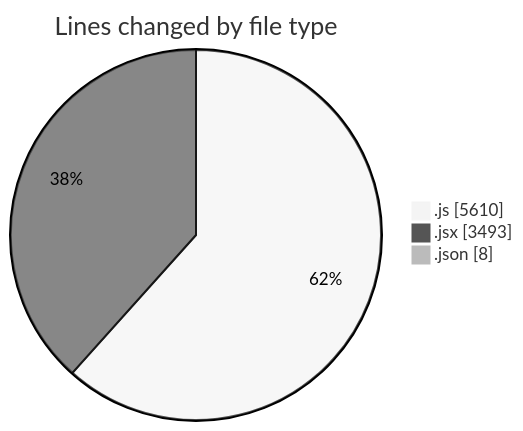
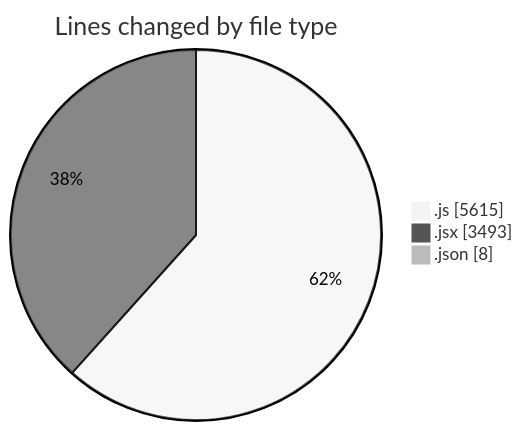
Before and after one commit to nxtqubesakshisongat/code-tracking: the first of 2 diagrams in 2025-07-23/nxtqube_webapp/README.md, drawn with Mermaid (neutral theme). The commit also changed other lines of this file and 1 other file, not shown here.

````diff
--- a/2025-07-23/nxtqube_webapp/README.md
+++ b/2025-07-23/nxtqube_webapp/README.md
@@ -60,7 +60,7 @@
 ```mermaid
 pie showData
 title Lines changed by file type
-".js" : 5610
+".js" : 5615
 ".jsx" : 3493
 ".json" : 8
 ```
````
